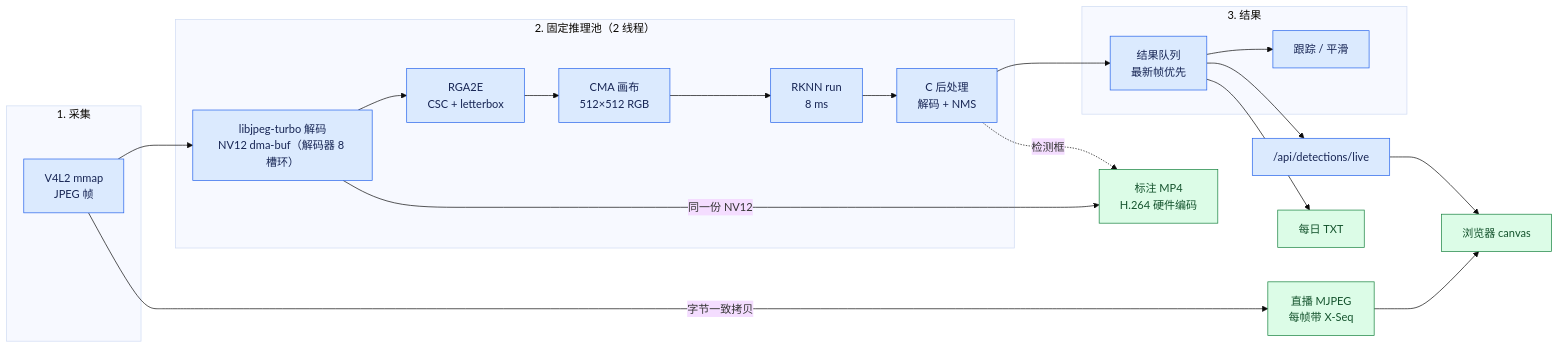
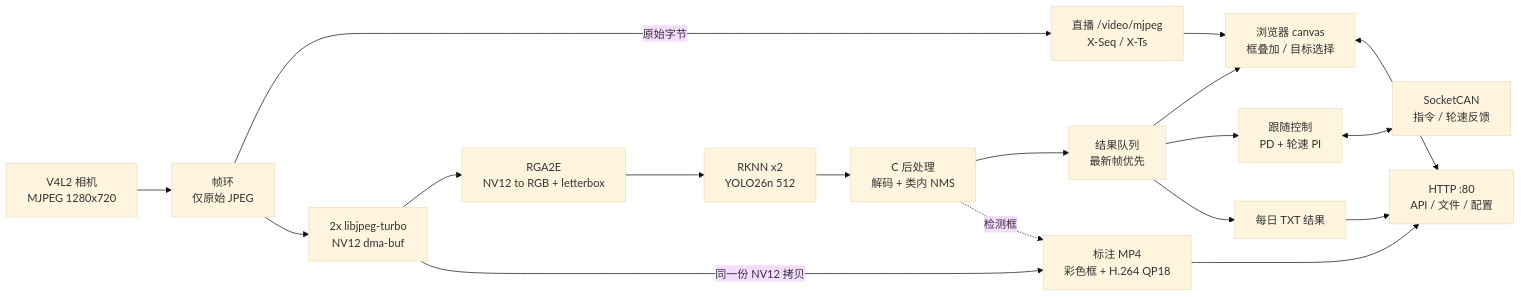
One commit to qianruo-orange/autonomous-driving-car changed the first of 2 diagrams in README.md. Above: the diagram before and after it, drawn with Mermaid (base theme). The commit also changed other lines of this file, not shown here.

````diff
--- a/README.md
+++ b/README.md
@@ -78,28 +101,20 @@
 ```mermaid
 flowchart LR
-    subgraph Capture["1. 采集"]
-        Raw["V4L2 mmap<br/>JPEG 帧"]
-    end
-    subgraph Infer["2. 固定推理池（2 线程）"]
-        Nv12["libjpeg-turbo 解码<br/>NV12 dma-buf（解码器 8 槽环）"] --> Rga["RGA2E<br/>CSC + letterbox"]
-        Rga --> Canvas["CMA 画布<br/>512×512 RGB"]
-        Canvas --> Npu["RKNN run<br/>8 ms"]
-        Npu --> Post["C 后处理<br/>解码 + NMS"]
-    end
-    subgraph Render["3. 结果"]
-        Latest["结果队列<br/>最新帧优先"] --> Track["跟踪 / 平滑"]
-    end
-    Raw --> Nv12
-    Post --> Latest
-    Raw -->|字节一致拷贝| Live["直播 MJPEG<br/>每帧带 X-Seq"]
-    Nv12 -->|同一份 NV12| Annot["标注 MP4<br/>H.264 硬件编码"]
-    Post -.->|检测框| Annot
-    Latest --> Api["/api/detections/live"]
-    Api --> Browser["浏览器 canvas"]
+    Cam["V4L2 相机<br/>MJPEG 1280x720"] --> Ring["帧环<br/>仅原始 JPEG"]
+    Ring -->|原始字节| Live["直播 /video/mjpeg<br/>X-Seq / X-Ts"]
+    Ring --> Dec["2x libjpeg-turbo<br/>NV12 dma-buf"]
+    Dec --> Rga["RGA2E<br/>NV12 to RGB + letterbox"]
+    Rga --> Npu["RKNN x2<br/>YOLO26n 512"]
+    Npu --> Post["C 后处理<br/>解码 + 类内 NMS"]
+    Post --> Res["结果队列<br/>最新帧优先"]
+    Dec -->|同一份 NV12 拷贝| Rec["标注 MP4<br/>彩色框 + H.264 QP18"]
+    Post -.->|检测框| Rec
+    Res --> Browser["浏览器 canvas<br/>框叠加 / 目标选择"]
     Live --> Browser
-    Latest --> Reports["每日 TXT"]
-    classDef process fill:#dbeafe,stroke:#2563eb,color:#172554
-    classDef output fill:#dcfce7,stroke:#15803d,color:#14532d
-    class Raw,Nv12,Rga,Canvas,Npu,Post,Latest,Track,Api process
-    class Live,Annot,Browser,Reports output
+    Res --> Track["跟随控制<br/>PD + 轮速 PI"]
+    Track <--> CAN["SocketCAN<br/>指令 / 轮速反馈"]
+    Res --> Reports["每日 TXT 结果"]
+    Browser <--> HTTP["HTTP :80<br/>API / 文件 / 配置"]
+    Reports --> HTTP
+    Rec --> HTTP
 ```
````
